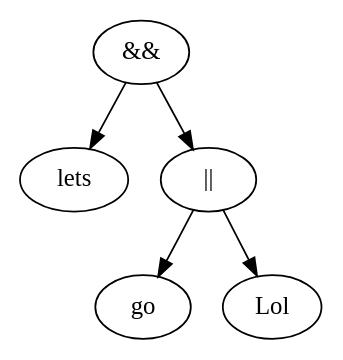
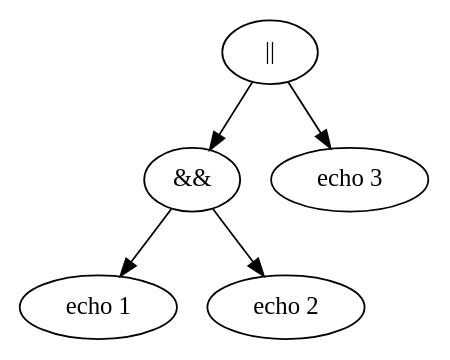
Before and after one commit to YeGoRenji/minishell-1337: the diagram in tree.dot, drawn with Graphviz. The commit also changed 6 other files, not shown here.

```diff
--- a/tree.dot
+++ b/tree.dot
@@ -1,11 +1,11 @@
 digraph yep {
-	n0[label="&&"];
+	n0[label="||"];
 	n0 -> n1;
 	n0 -> n2;
-	n1[label="lets "];
-	n2[label="||"];
-	n2 -> n21;
-	n2 -> n22;
-	n21[label="go "];
-	n22[label="Lol "];
+	n1[label="&&"];
+	n1 -> n11;
+	n1 -> n12;
+	n11[label="echo 1 "];
+	n12[label="echo 2 "];
+	n2[label="echo 3 "];
 }
```
